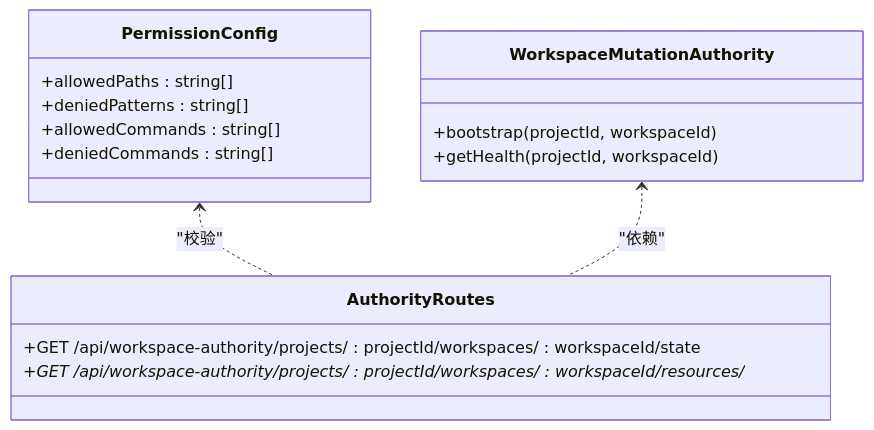
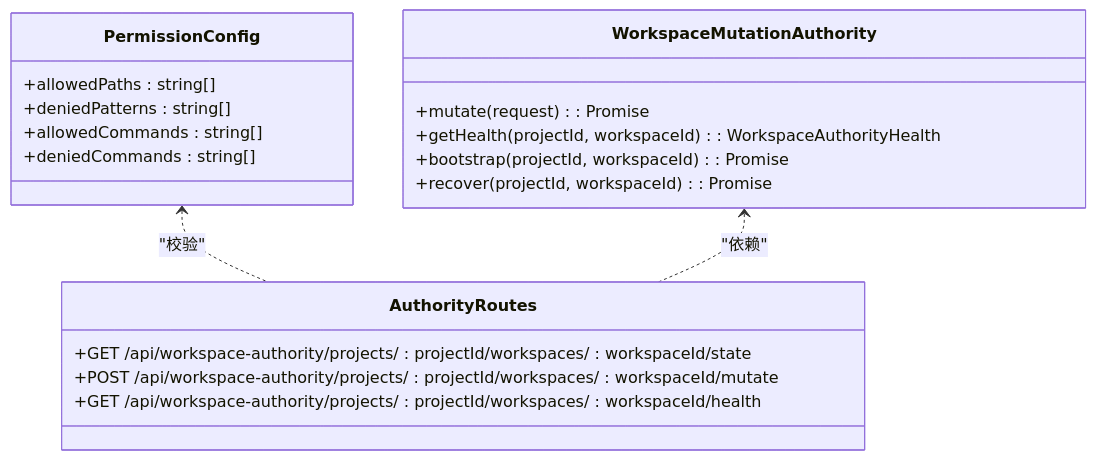
One commit to qihaogithub/workbench changed the seventh of 9 diagrams in .qoder/repowiki/zh/content/前端应用/创作端应用 (Author Site)/工作区管理.md. Above: the diagram before and after it, drawn with Mermaid. The commit also changed other lines of this file and 448 other files, not shown here.

````diff
--- a/.qoder/repowiki/zh/content/前端应用/创作端应用 (Author Site)/工作区管理.md
+++ b/.qoder/repowiki/zh/content/前端应用/创作端应用 (Author Site)/工作区管理.md
@@ -254,19 +326,22 @@
 ```mermaid
 classDiagram
 class PermissionConfig {
 +allowedPaths : string[]
 +deniedPatterns : string[]
 +allowedCommands : string[]
 +deniedCommands : string[]
 }
 class WorkspaceMutationAuthority {
-+bootstrap(projectId, workspaceId)
-+getHealth(projectId, workspaceId)
++mutate(request) : Promise<WorkspaceMutationReceipt>
++getHealth(projectId, workspaceId) : WorkspaceAuthorityHealth
++bootstrap(projectId, workspaceId) : Promise<WorkspaceAuthorityState>
++recover(projectId, workspaceId) : Promise<WorkspaceAuthorityRecoveryResult>
 }
 class AuthorityRoutes {
 +GET /api/workspace-authority/projects/ : projectId/workspaces/ : workspaceId/state
-+GET /api/workspace-authority/projects/ : projectId/workspaces/ : workspaceId/resources/*
++POST /api/workspace-authority/projects/ : projectId/workspaces/ : workspaceId/mutate
++GET /api/workspace-authority/projects/ : projectId/workspaces/ : workspaceId/health
 }
 PermissionConfig <.. AuthorityRoutes : "校验"
 WorkspaceMutationAuthority <.. AuthorityRoutes : "依赖"
 ```
````
